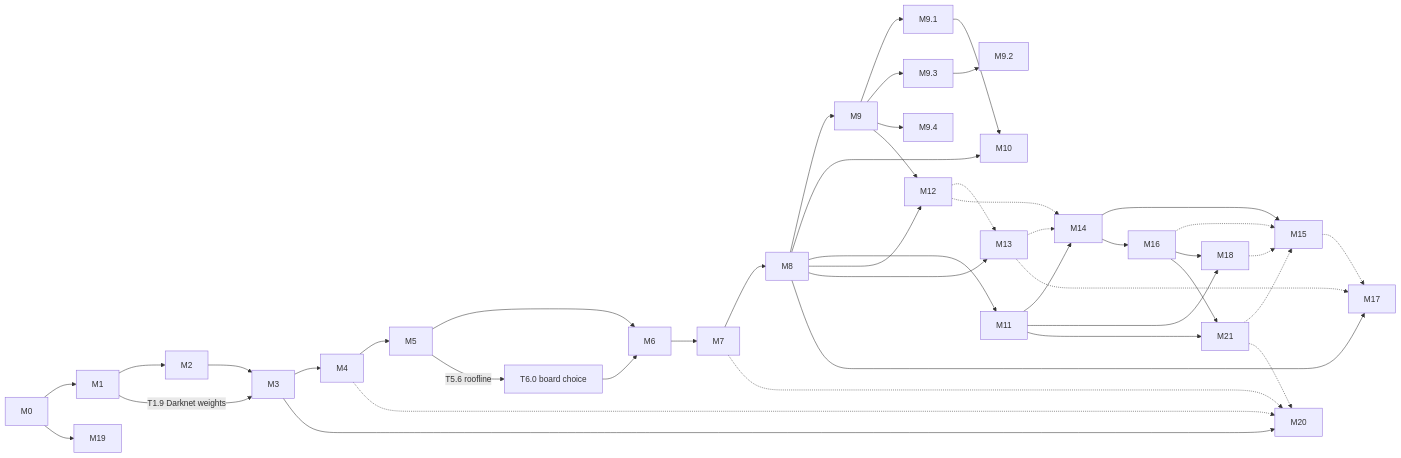
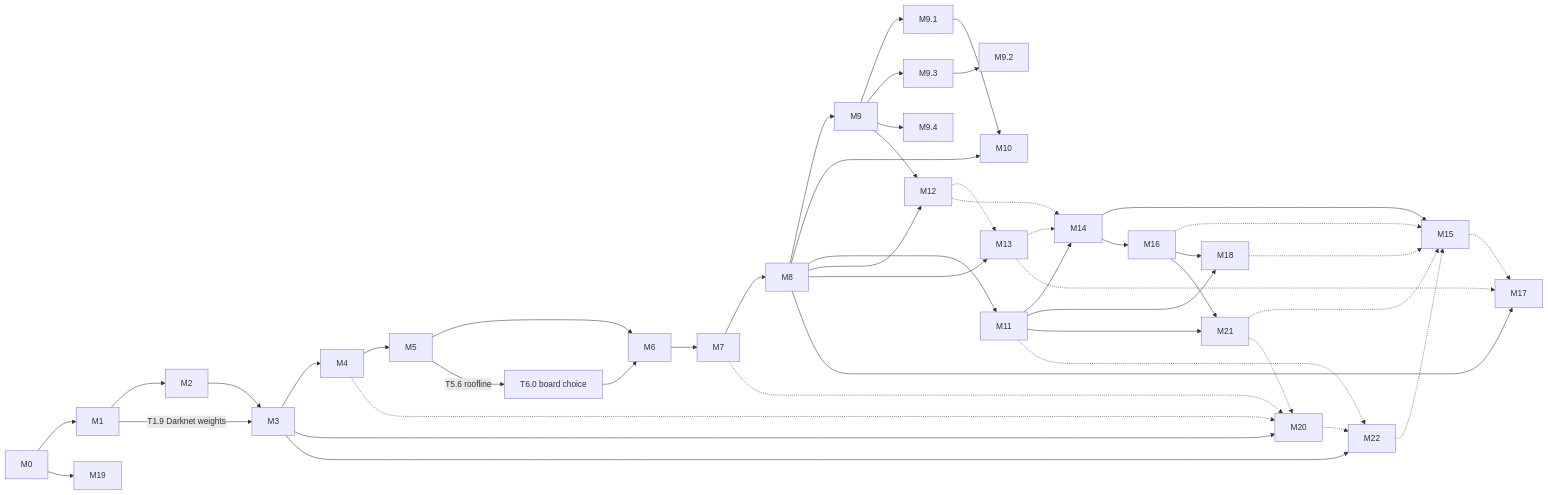
One commit to lrivals/EmbeddedComputervision changed the diagram in docs/tasks/README.md. Above: the diagram before and after it, drawn with Mermaid. The commit also changed other lines of this file and 1 other file, not shown here.

Commit message:
M22: photo auto-labelling task document
Open-vocabulary labeller (Grounding DINO tiny / OWLv2), Gradio app with
image and folder tabs, manual correction, YOLO txt export; registered in
the tasks README.

````diff
--- a/docs/tasks/README.md
+++ b/docs/tasks/README.md
@@ -41,37 +42,41 @@
 ```mermaid
 graph LR
   M0 --> M1 --> M2 --> M3
   M1 -- "T1.9 Darknet weights" --> M3
   M3 --> M4 --> M5 --> M6 --> M7 --> M8
   M5 -- "T5.6 roofline" --> T60["T6.0 board choice"] --> M6
   M8 --> M9
   M9 --> M91[M9.1] & M93[M9.3] & M94[M9.4]
   M93 --> M92[M9.2]
   M8 --> M10[M10]
   M91 --> M10
   M8 --> M11[M11]
   M8 --> M12[M12]
   M9 --> M12
   M8 --> M13[M13]
   M12 -.-> M13
   M11 --> M14[M14]
   M12 -.-> M14
   M13 -.-> M14
   M14 --> M15[M15]
   M14 --> M16[M16]
   M16 -.-> M15
   M8 --> M17[M17]
   M13 -.-> M17
   M15 -.-> M17
   M11 --> M18[M18]
   M16 --> M18
   M18 -.-> M15
   M0 --> M19[M19]
   M3 --> M20[M20]
   M11 --> M21[M21]
   M16 --> M21
   M21 -.-> M15
   M21 -.-> M20
   M4 -.-> M20
   M7 -.-> M20
+  M3 --> M22[M22]
+  M20 -.-> M22
+  M11 -.-> M22
+  M22 -.-> M15
 ```
````
